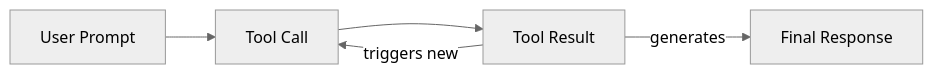
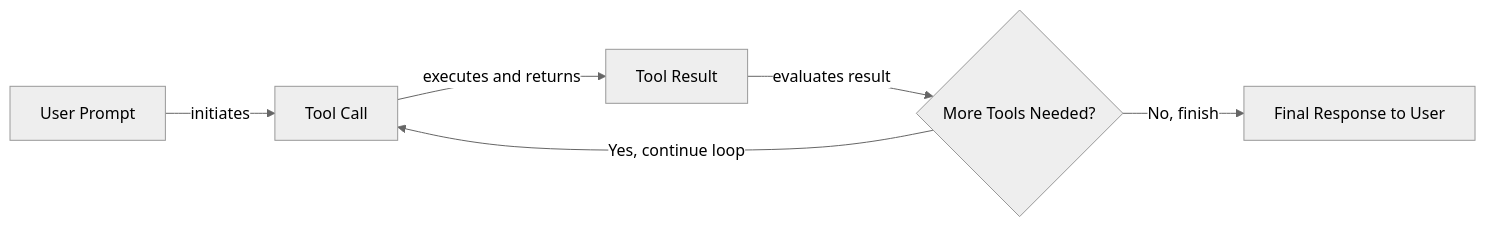
Before and after one commit to YMaXing/Research-Agent-reinforced-by-RL: the third of 3 diagrams in RL_researcher_writer_ymaxing/rl_training_data/noise_experiment/06_tools__var_standard__replicate2__preset5/article_000.md, drawn with Mermaid (neutral theme). The commit also changed other lines of this file and 4528 other files, not shown here.

````diff
--- a/RL_researcher_writer_ymaxing/rl_training_data/noise_experiment/06_tools__var_standard__replicate2__preset5/article_000.md
+++ b/RL_researcher_writer_ymaxing/rl_training_data/noise_experiment/06_tools__var_standard__replicate2__preset5/article_000.md
@@ -938,7 +834,10 @@
 ```mermaid
 flowchart LR
-  A["User Prompt"] --> B["Tool Call"]
-  B --> C["Tool Result"]
-  C -- "triggers new" --> B
-  C -- "generates" --> D["Final Response"]
+    %% Start of the tool calling loop
+    A["User Prompt"] -- "initiates" --> B["Tool Call"]
+    B -- "executes and returns" --> C["Tool Result"]
+    C -- "evaluates result" --> D{"More Tools Needed?"}
+    D -- "Yes, continue loop" --> B
+    D -- "No, finish" --> E["Final Response to User"]
+    %% End of the tool calling loop
 ```
````
